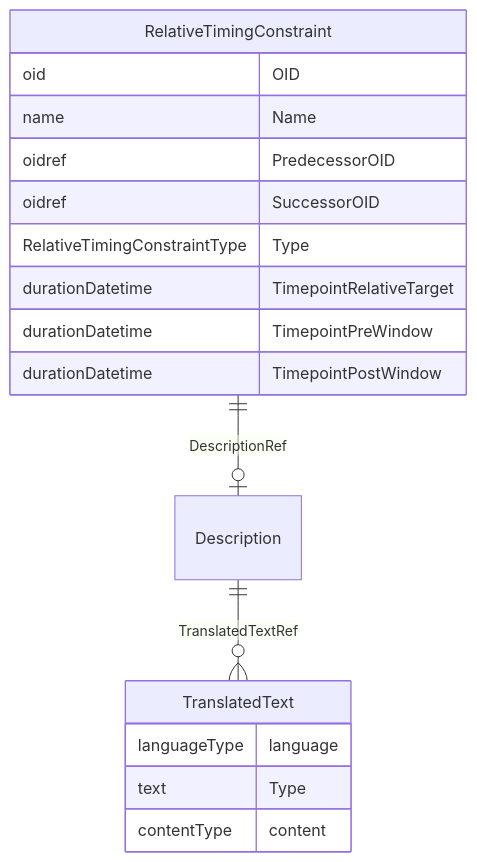
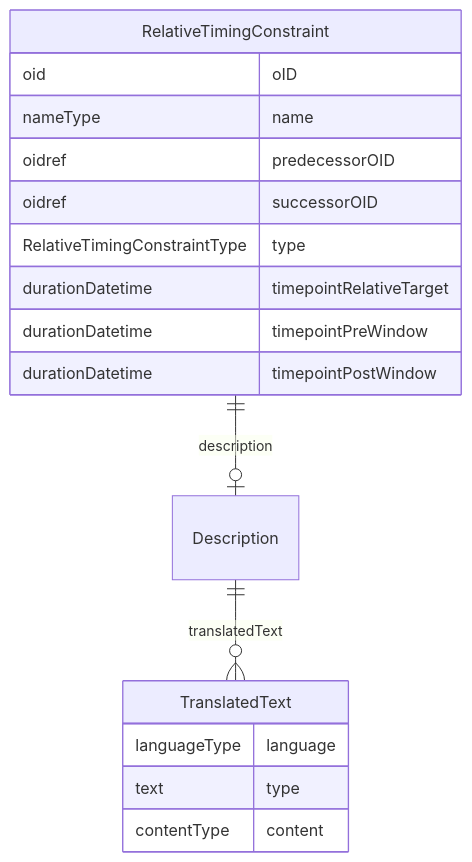
Before and after one commit to cdisc-org/DataExchange-ODM-LinkML: the diagram in docs/RelativeTimingConstraint.md, drawn with Mermaid. The commit also changed other lines of this file and 759 other files, not shown here.

````diff
--- a/docs/RelativeTimingConstraint.md
+++ b/docs/RelativeTimingConstraint.md
@@ -11,25 +11,25 @@
 ```mermaid
 erDiagram
 RelativeTimingConstraint {
-    oid OID  
-    name Name  
-    oidref PredecessorOID  
-    oidref SuccessorOID  
-    RelativeTimingConstraintType Type  
-    durationDatetime TimepointRelativeTarget  
-    durationDatetime TimepointPreWindow  
-    durationDatetime TimepointPostWindow  
+    oid oID  
+    nameType name  
+    oidref predecessorOID  
+    oidref successorOID  
+    RelativeTimingConstraintType type  
+    durationDatetime timepointRelativeTarget  
+    durationDatetime timepointPreWindow  
+    durationDatetime timepointPostWindow  
 }
 Description {
 
 }
 TranslatedText {
     languageType language  
-    text Type  
+    text type  
     contentType content  
 }
 
-RelativeTimingConstraint ||--|o Description : "DescriptionRef"
-Description ||--}o TranslatedText : "TranslatedTextRef"
+RelativeTimingConstraint ||--|o Description : "description"
+Description ||--}o TranslatedText : "translatedText"
 
 ```
````
